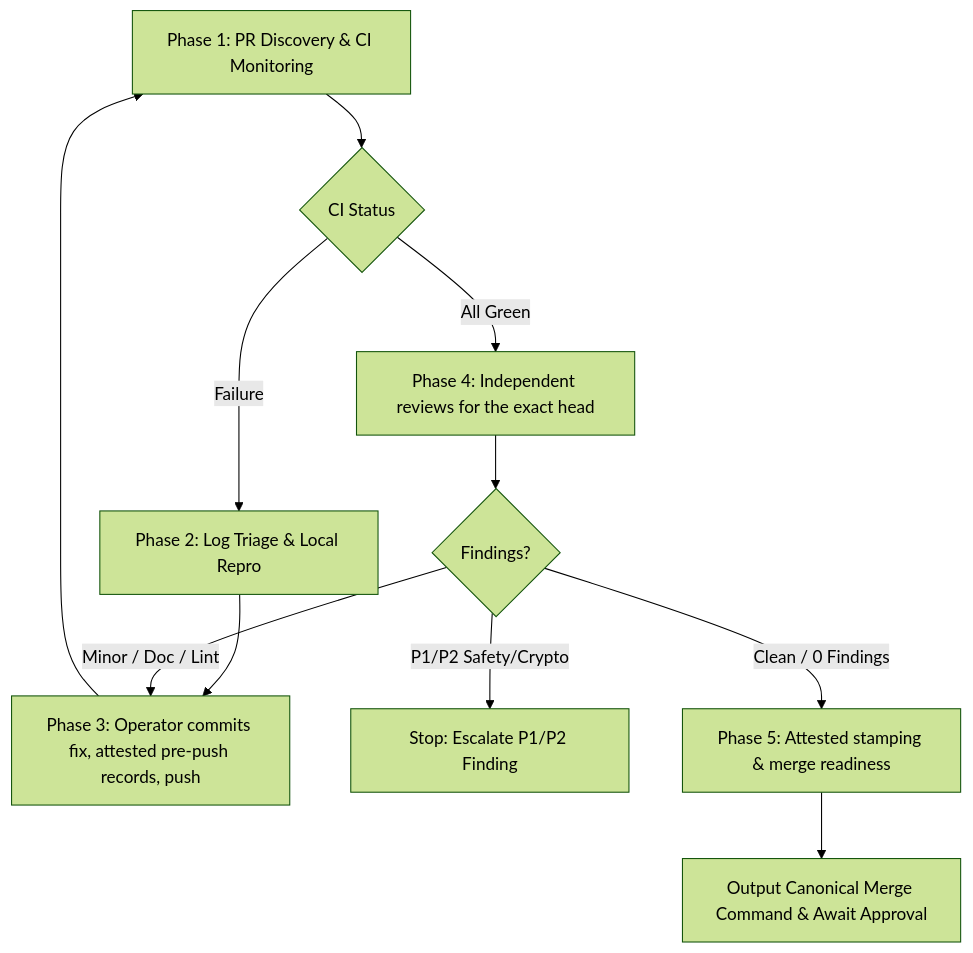
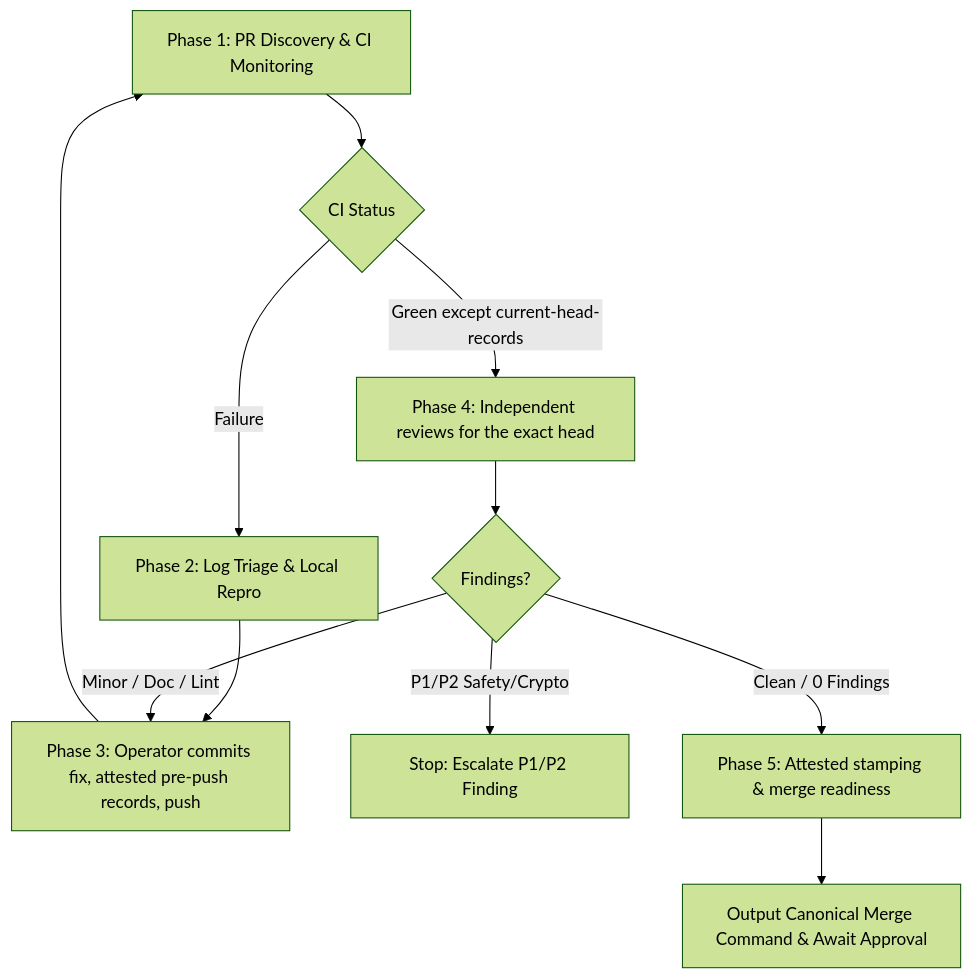
Before and after one commit to 0Bu/tesla-key-esp32: the diagram in .agents/skills/ci-heal/SKILL.md, drawn with Mermaid (forest theme). The commit also changed other lines of this file and 27 other files, not shown here.

````diff
--- a/.agents/skills/ci-heal/SKILL.md
+++ b/.agents/skills/ci-heal/SKILL.md
@@ -60,13 +73,13 @@
 ```mermaid
 flowchart TD
     P1[Phase 1: PR Discovery & CI Monitoring] --> P2{CI Status}
     P2 -->|Failure| P3[Phase 2: Log Triage & Local Repro]
     P3 --> P4[Phase 3: Operator commits fix, attested pre-push records, push]
     P4 --> P1
-    P2 -->|All Green| P5[Phase 4: Independent reviews for the exact head]
+    P2 -->|Green except current-head-records| P5[Phase 4: Independent reviews for the exact head]
     P5 --> P6{Findings?}
     P6 -->|P1/P2 Safety/Crypto| StopFail[Stop: Escalate P1/P2 Finding]
     P6 -->|Minor / Doc / Lint| P4
     P6 -->|Clean / 0 Findings| P7[Phase 5: Attested stamping & merge readiness]
     P7 --> Ready[Output Canonical Merge Command & Await Approval]
 ```
````
